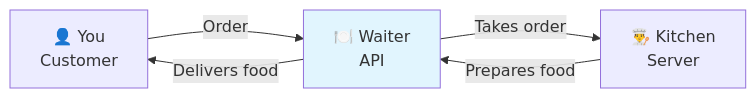
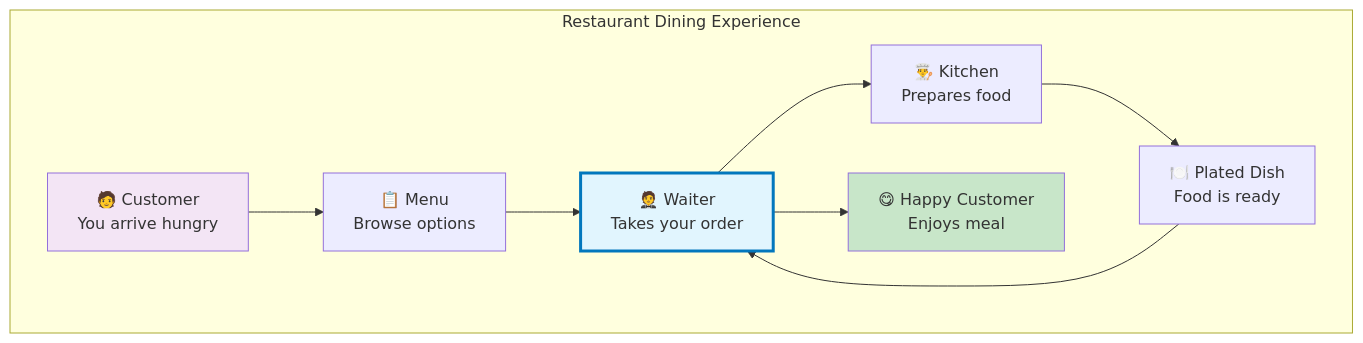
The first of 17 diagrams in app/docs/01_getting-started/a-start-what-is-restapi/page.mdx (ridwanspace/restful-fastapi-guideline), drawn with Mermaid before and after one commit. The commit also changed other lines of this file and 1 other file, not shown here.

First line of the commit message:
📝 docs(README): enhance REST API documentation with restaurant analogy

````diff
--- a/app/docs/01_getting-started/a-start-what-is-restapi/page.mdx
+++ b/app/docs/01_getting-started/a-start-what-is-restapi/page.mdx
@@ -14,9 +27,15 @@
 ```mermaid
-graph LR
-    A[👤 You<br/>Customer] -->|Order| B[🍽️ Waiter<br/>API]
-    B -->|Takes order| C[👨‍🍳 Kitchen<br/>Server]
-    C -->|Prepares food| B
-    B -->|Delivers food| A
+graph TD
+    subgraph "Restaurant Dining Experience"
+        A[🧑 Customer<br/>You arrive hungry] --> B[📋 Menu<br/>Browse options]
+        B --> C[🤵 Waiter<br/>Takes your order]
+        C --> D[👨‍🍳 Kitchen<br/>Prepares food]
+        D --> E[🍽️ Plated Dish<br/>Food is ready]
+        E --> C
+        C --> F[😋 Happy Customer<br/>Enjoys meal]
+    end
     
-    style B fill:#e1f5fe
+    style C fill:#e1f5fe,stroke:#0277bd,stroke-width:3px
+    style A fill:#f3e5f5
+    style F fill:#c8e6c9
 ```
````
